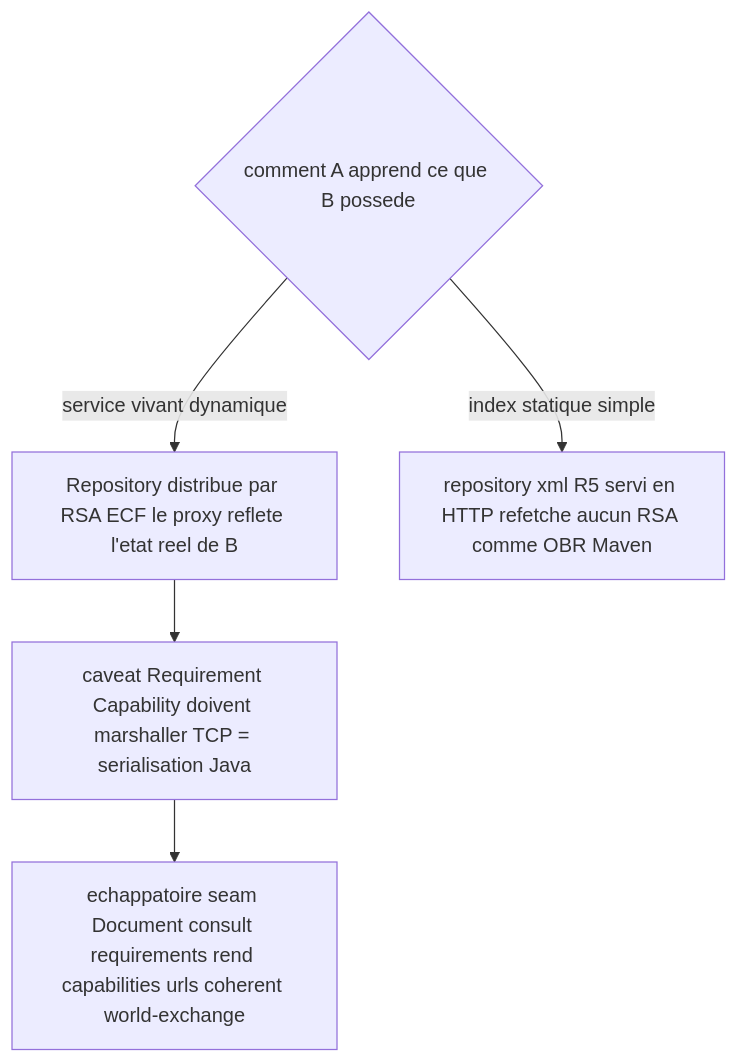
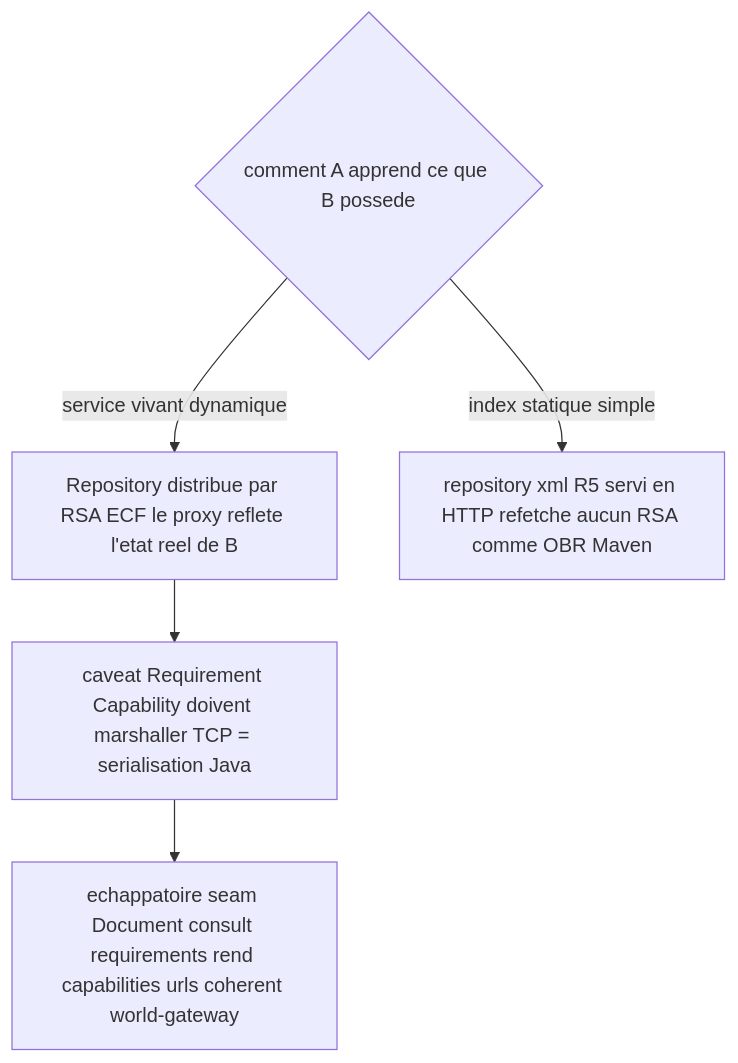
Diagram 25 of 34 in docs/architecture/osgi-remote-edge-preview.adoc (nxmatic/rke2lab), drawn with Mermaid before and after one commit. The commit also changed other lines of this file and 66 other files, not shown here.

First line of the commit message:
refactor(world-gateway): rename "exchange" → "gateway" across the worktree

```diff
--- a/docs/architecture/osgi-remote-edge-preview.adoc
+++ b/docs/architecture/osgi-remote-edge-preview.adoc
@@ -791,9 +791,9 @@
 [mermaid]
 ....
 flowchart TB
   q{"comment A apprend ce que B possede"}
   q -->|service vivant dynamique| rsa["Repository distribue par RSA ECF le proxy reflete l'etat reel de B"]
   q -->|index statique simple| http["repository xml R5 servi en HTTP refetche aucun RSA comme OBR Maven"]
   rsa --> caveat["caveat Requirement Capability doivent marshaller TCP = serialisation Java"]
-  caveat --> doc["echappatoire seam Document consult requirements rend capabilities urls coherent world-exchange"]
+  caveat --> doc["echappatoire seam Document consult requirements rend capabilities urls coherent world-gateway"]
 ....
```
